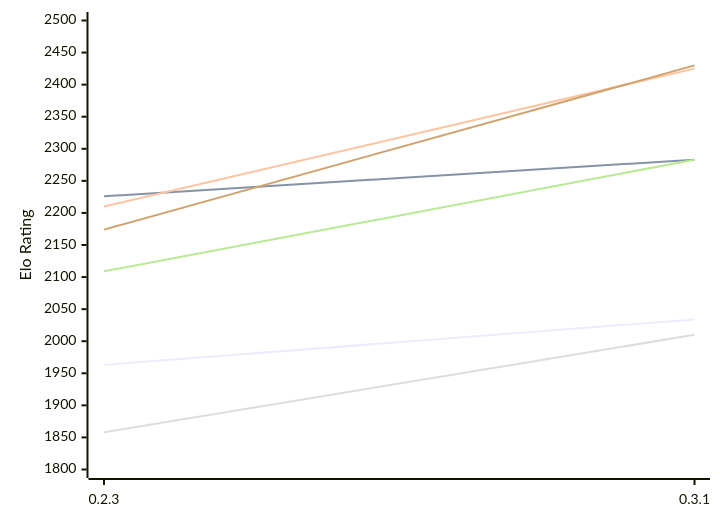
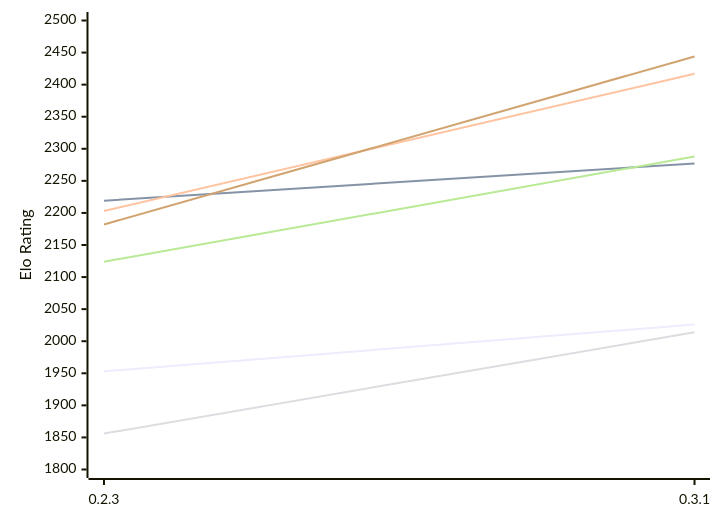
One commit to computer-chess-index/cci changed the first of 2 diagrams in engines/Lolbot.md. Above: the diagram before and after it, drawn with Mermaid. The commit also changed other lines of this file, not shown here.

Commit message:
Update CCI Ratings (ELO VLTC) - 2026-11-18

````diff
--- a/engines/Lolbot.md
+++ b/engines/Lolbot.md
@@ -53,12 +53,12 @@
 ```mermaid
 %%{init: {"theme":"base","themeVariables":{"seriesColors:['#a3a3a3','#222221','#faa371']}}}%%
 xychart-beta
   x-axis ["0.2.3", "0.3.1"]
   y-axis "Elo Rating" 1800 --> 2500
-  line "E1: STC (8.0+0.08s)" [1963, 2034]
-  line "E1: LTC (60.0+0.60s)" [2226, 2283]
-  line "E1: VLTC (2m24s+1.12s)" [2210, 2425]
-  line "P1: STC (8.0+0.08s)" [1858, 2010]
-  line "P1: LTC (60.0+0.60s)" [2109, 2283]
-  line "P1: VLTC (2m24s+1.12s)" [2174, 2430]
+  line "E1: STC (8.0+0.08s)" [1953, 2026]
+  line "E1: LTC (60.0+0.60s)" [2219, 2277]
+  line "E1: VLTC (2m24s+1.12s)" [2203, 2417]
+  line "P1: STC (8.0+0.08s)" [1856, 2014]
+  line "P1: LTC (60.0+0.60s)" [2124, 2288]
+  line "P1: VLTC (2m24s+1.12s)" [2182, 2444]
 ```
````
